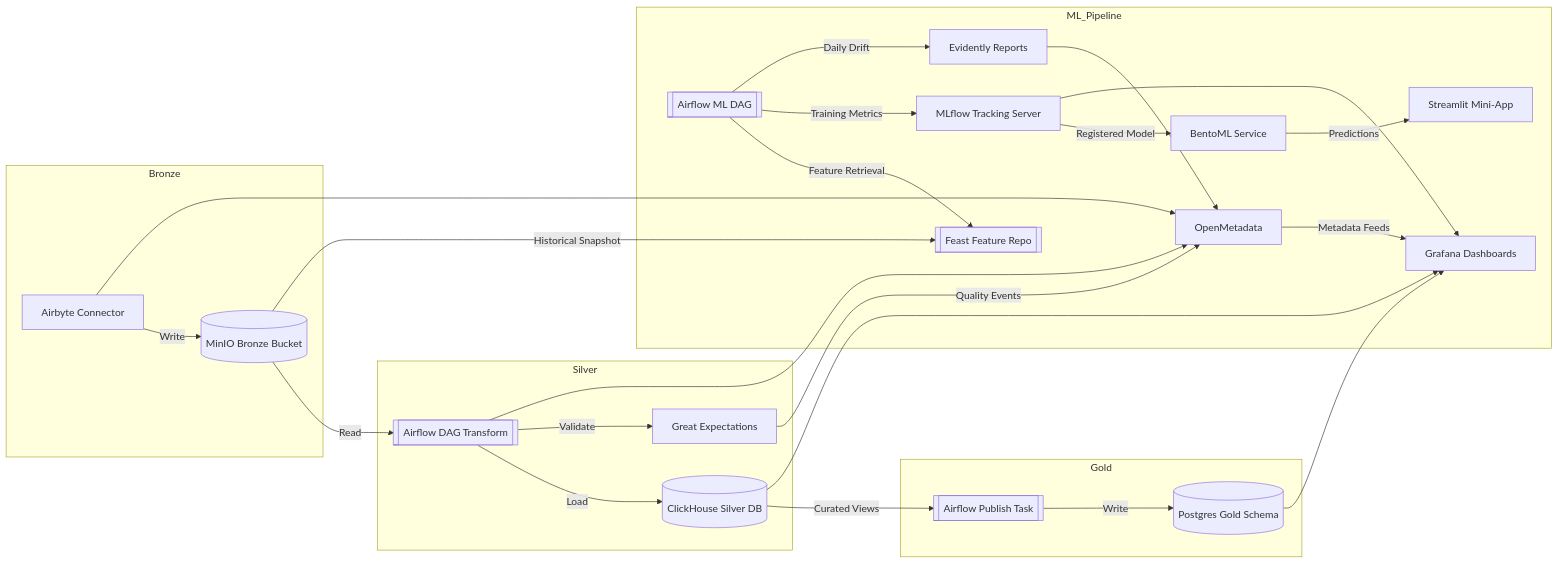
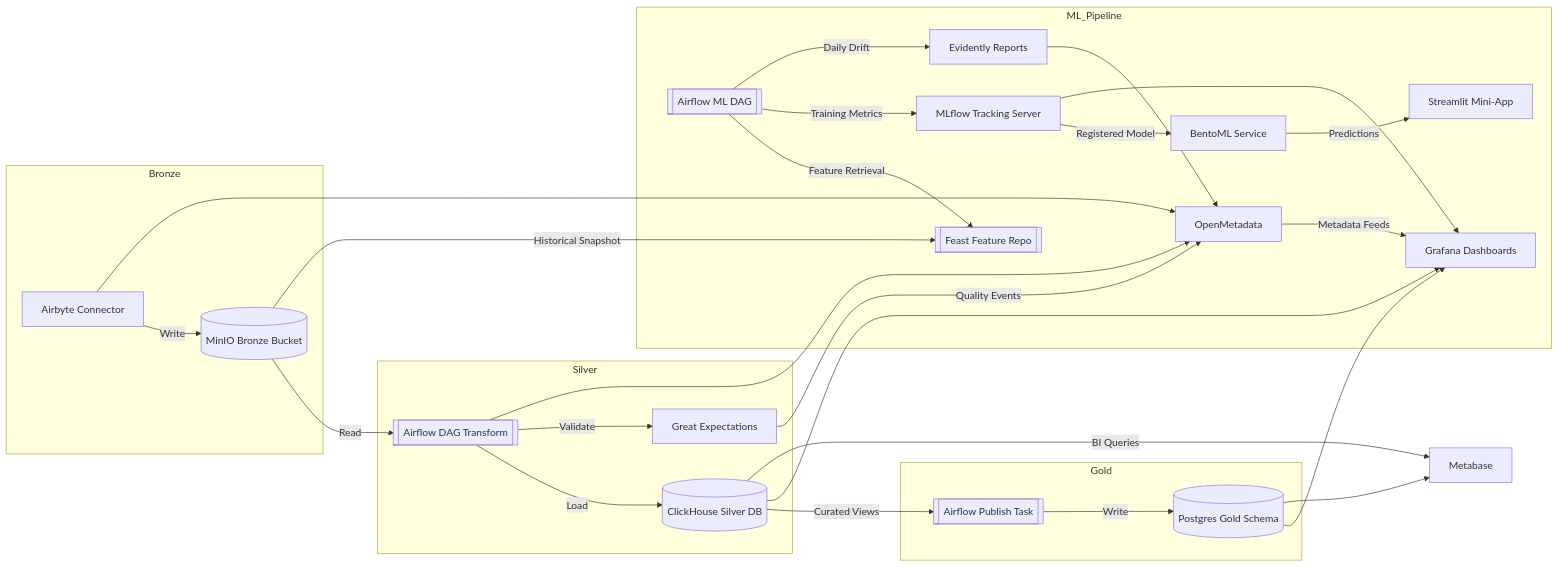
The diagram in docs/architecture.md (aikirias/OneRing), drawn with Mermaid before and after one commit. The commit also changed other lines of this file and 8 other files, not shown here.

````diff
--- a/docs/architecture.md
+++ b/docs/architecture.md
@@ -22,38 +23,40 @@
 ```mermaid
 flowchart LR
     subgraph Bronze
         AB[Airbyte Connector]
         AB -->|Write| MIO[(MinIO Bronze Bucket)]
     end
 
     subgraph Silver
         AF[[Airflow DAG Transform]] -->|Load| CH[(ClickHouse Silver DB)]
         MIO -->|Read| AF
         AF -->|Validate| GE[Great Expectations]
     end
 
     subgraph Gold
         CH -->|Curated Views| AF2[[Airflow Publish Task]]
         AF2 -->|Write| PG[(Postgres Gold Schema)]
     end
 
     GE -->|Quality Events| OM[OpenMetadata]
     AF --> OM
     AB --> OM
 
     OM -->|Metadata Feeds| GF[Grafana Dashboards]
     CH --> GF
     PG --> GF
+    CH -->|BI Queries| MB[Metabase]
+    PG --> MB
 
     subgraph ML_Pipeline
         FS[[Feast Feature Repo]]
         MIO -->|Historical Snapshot| FS
         AF3[[Airflow ML DAG]] -->|Feature Retrieval| FS
         AF3 -->|Training Metrics| MLW[MLflow Tracking Server]
         MLW -->|Registered Model| Bento[BentoML Service]
         Bento -->|Predictions| App[Streamlit Mini-App]
         AF3 -->|Daily Drift| Evidently[Evidently Reports]
         Evidently --> OM
         MLW --> GF
     end
 ```
````
